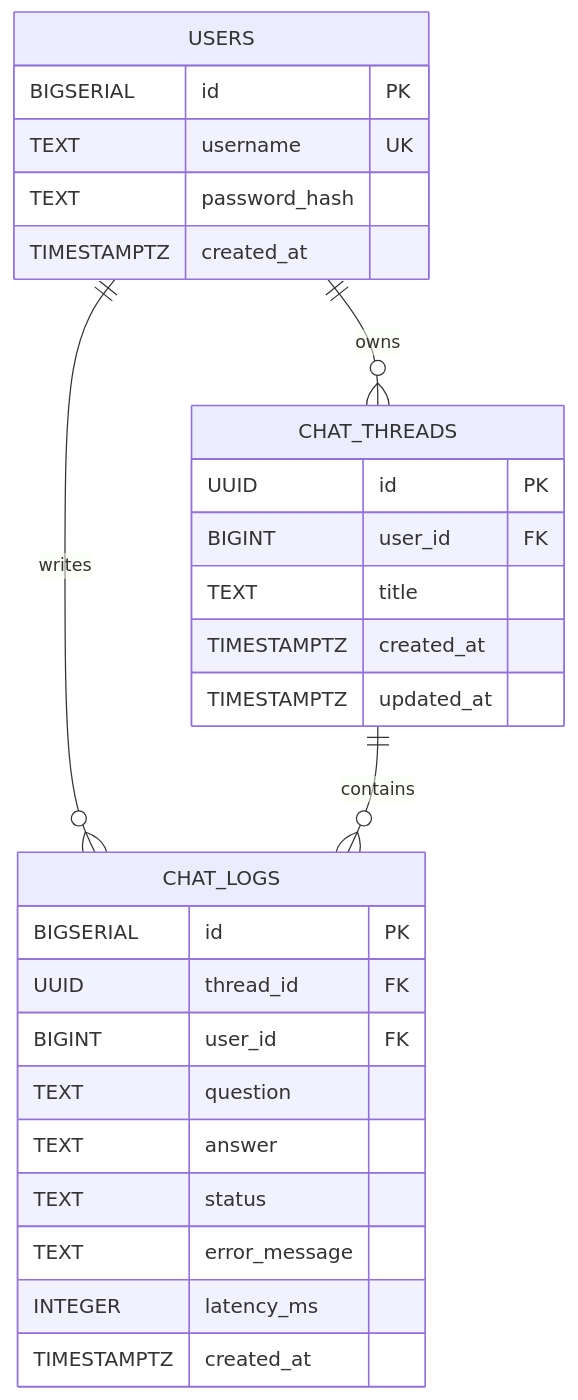
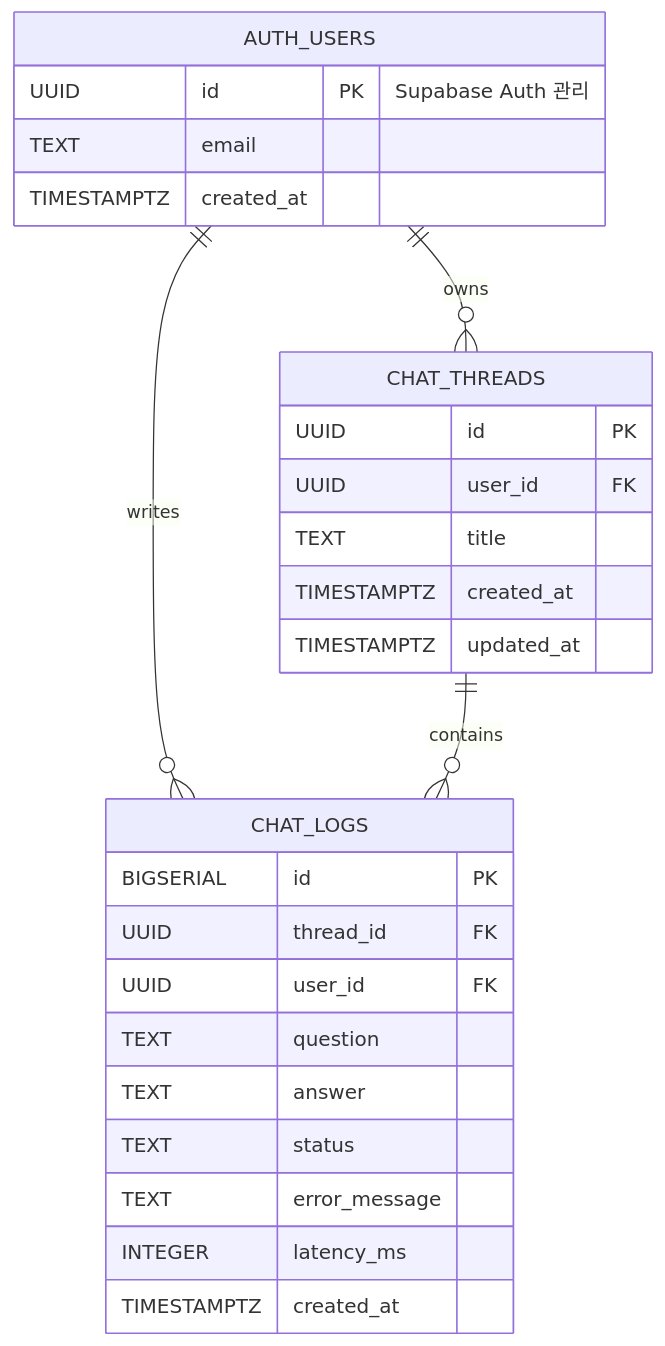
Before and after one commit to codyssey-ai/chatbot-api: the diagram in docs/API_SPEC.md, drawn with Mermaid. The commit also changed other lines of this file and 7 other files, not shown here.

First line of the commit message:
docs: 인증을 Supabase Auth 로 확정하고 문서 정합성 정리

````diff
--- a/docs/API_SPEC.md
+++ b/docs/API_SPEC.md
@@ -55,33 +55,32 @@
 ```mermaid
 erDiagram
-    USERS ||--o{ CHAT_THREADS : owns
-    USERS ||--o{ CHAT_LOGS : writes
+    AUTH_USERS ||--o{ CHAT_THREADS : owns
+    AUTH_USERS ||--o{ CHAT_LOGS : writes
     CHAT_THREADS ||--o{ CHAT_LOGS : contains
 
-    USERS {
-        BIGSERIAL id PK
-        TEXT username UK
-        TEXT password_hash
+    AUTH_USERS {
+        UUID id PK "Supabase Auth 관리"
+        TEXT email
         TIMESTAMPTZ created_at
     }
 
     CHAT_THREADS {
         UUID id PK
-        BIGINT user_id FK
+        UUID user_id FK
         TEXT title
         TIMESTAMPTZ created_at
         TIMESTAMPTZ updated_at
     }
 
     CHAT_LOGS {
         BIGSERIAL id PK
         UUID thread_id FK
-        BIGINT user_id FK
+        UUID user_id FK
         TEXT question
         TEXT answer
         TEXT status
         TEXT error_message
         INTEGER latency_ms
         TIMESTAMPTZ created_at
     }
 ```
````
